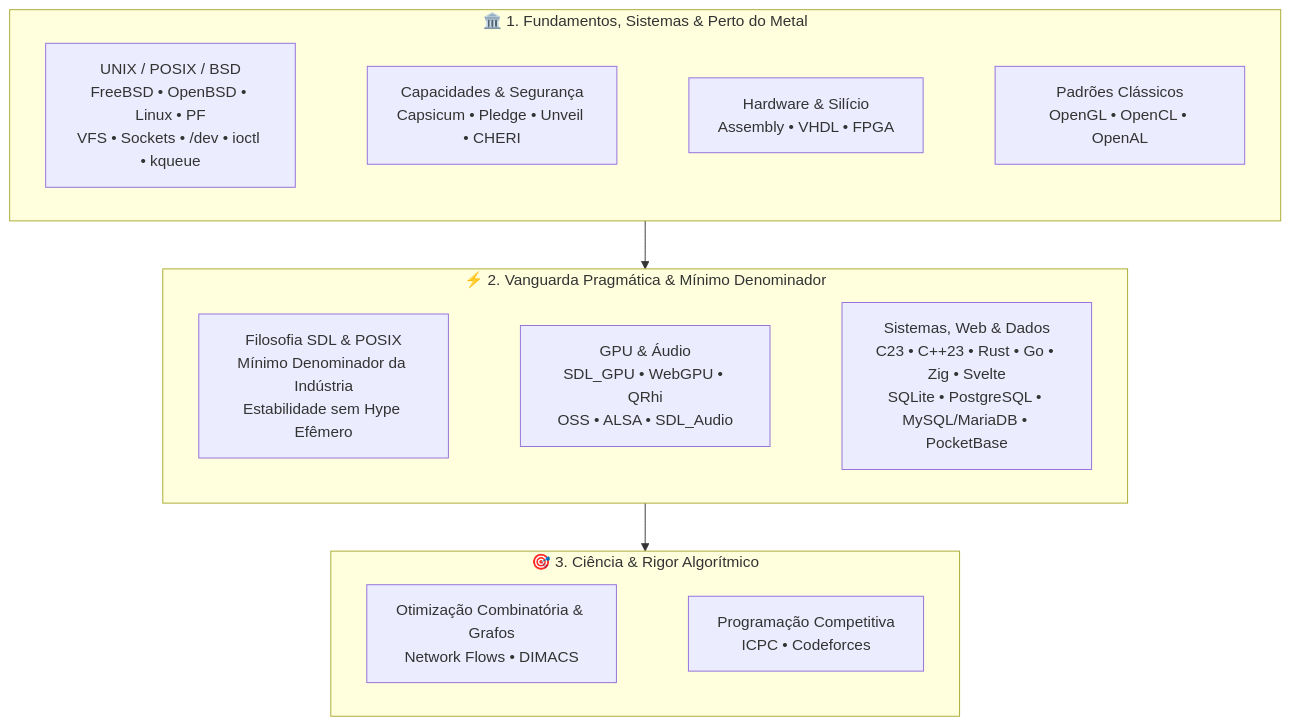
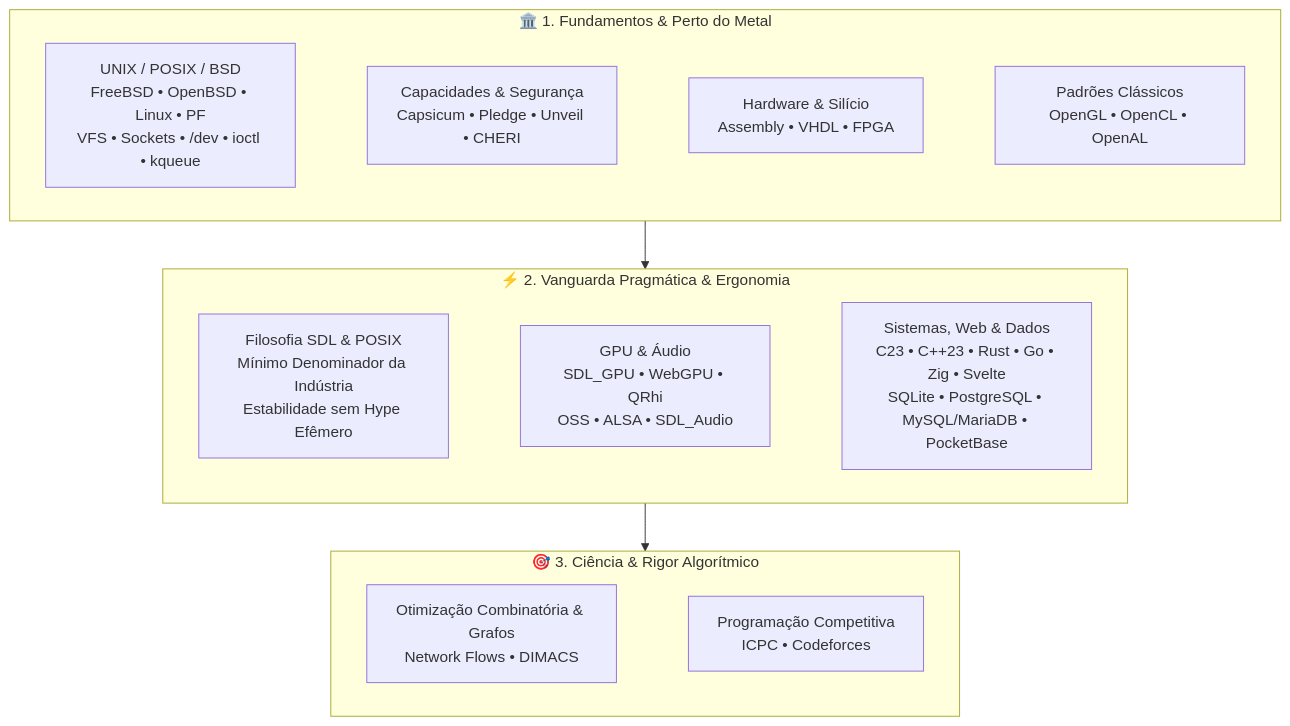
One commit to GabrielFrigo4/GabrielFrigo4 changed the diagram in README.md. Above: the diagram before and after it, drawn with Mermaid. The commit also changed other lines of this file, not shown here.

````diff
--- a/README.md
+++ b/README.md
@@ -16,28 +36,28 @@
 ```mermaid
 flowchart TD
-    subgraph S1 ["🏛️ 1. Fundamentos, Sistemas & Perto do Metal"]
+    subgraph S1 ["🏛️ 1. Fundamentos & Perto do Metal"]
         direction LR
         UNIX["UNIX / POSIX / BSD<br/>FreeBSD • OpenBSD • Linux • PF<br/>VFS • Sockets • /dev • ioctl • kqueue"]
         SEC["Capacidades & Segurança<br/>Capsicum • Pledge • Unveil • CHERI"]
         HW["Hardware & Silício<br/>Assembly • VHDL • FPGA"]
         HIST["Padrões Clássicos<br/>OpenGL • OpenCL • OpenAL"]
         UNIX ~~~ SEC ~~~ HW ~~~ HIST
     end
 
-    subgraph S2 ["⚡ 2. Vanguarda Pragmática & Mínimo Denominador"]
+    subgraph S2 ["⚡ 2. Vanguarda Pragmática & Ergonomia"]
         direction LR
         SDL_PHIL["Filosofia SDL & POSIX<br/>Mínimo Denominador da Indústria<br/>Estabilidade sem Hype Efêmero"]
         MOD_GPU["GPU & Áudio<br/>SDL_GPU • WebGPU • QRhi<br/>OSS • ALSA • SDL_Audio"]
         SYS_PRAG["Sistemas, Web & Dados<br/>C23 • C++23 • Rust • Go • Zig • Svelte<br/>SQLite • PostgreSQL • MySQL/MariaDB • PocketBase"]
         SDL_PHIL ~~~ MOD_GPU ~~~ SYS_PRAG
     end
 
     subgraph S3 ["🎯 3. Ciência & Rigor Algorítmico"]
         direction LR
         OPT["Otimização Combinatória & Grafos<br/>Network Flows • DIMACS"]
         CP["Programação Competitiva<br/>ICPC • Codeforces"]
         OPT ~~~ CP
     end
 
     S1 --> S2 --> S3
 ```
````
